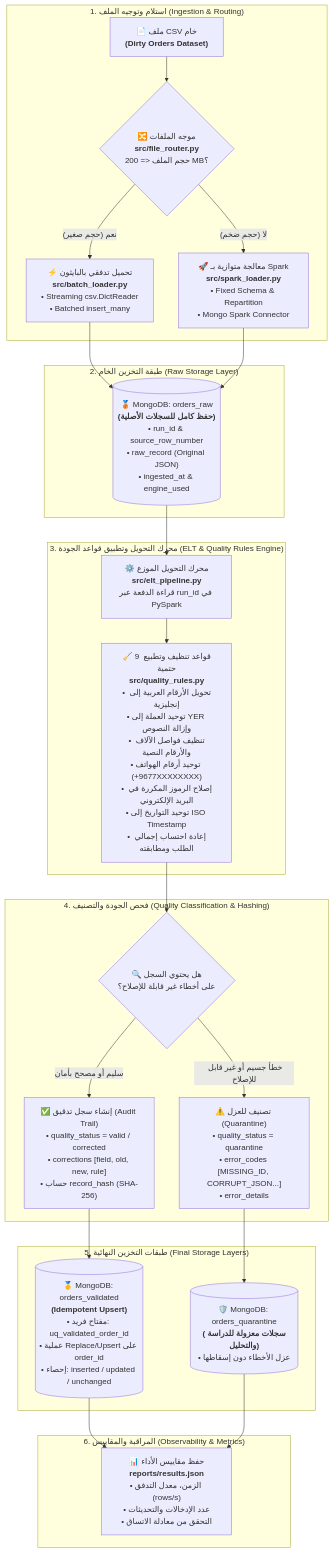
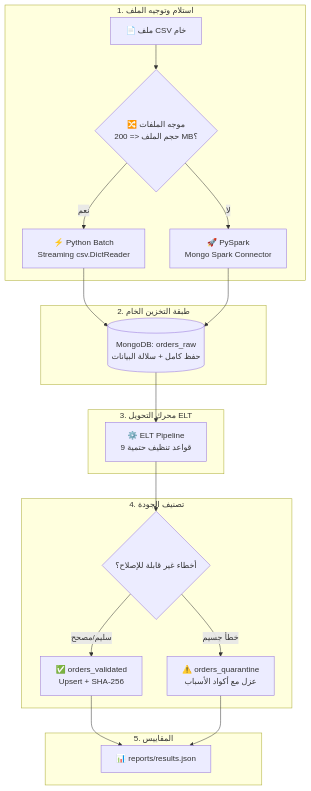
The first of 8 diagrams in README.md (mohammed-m-alhaj/midterm-data-pipeline), drawn with Mermaid before and after one commit. The commit also changed other lines of this file, not shown here.

Commit message:
docs: add architecture diagrams, live execution proof, and grading rubric mapping to README

````diff
--- a/README.md
+++ b/README.md
@@ -56,34 +56,24 @@
 ```mermaid
 flowchart TD
-    subgraph S1 [" 1. استلام وتوجيه الملف (Ingestion & Routing) "]
-        A["📄 ملف CSV خام<br/><b>(Dirty Orders Dataset)</b>"] --> B{"🔀 موجه الملفات<br/><b>src/file_router.py</b><br/>حجم الملف <= 200 MB؟"}
-        B -- "نعم (حجم صغير)" --> C["⚡ تحميل تدفقي بالبايثون<br/><b>src/batch_loader.py</b><br/>• Streaming csv.DictReader<br/>• Batched insert_many"]
-        B -- "لا (حجم ضخم)" --> D["🚀 معالجة متوازية بـ Spark<br/><b>src/spark_loader.py</b><br/>• Fixed Schema & Repartition<br/>• Mongo Spark Connector"]
+    subgraph S1 [" 1. استلام وتوجيه الملف "]
+        A["📄 ملف CSV خام"] --> B{"🔀 موجه الملفات<br/>حجم الملف <= 200 MB؟"}
+        B -- "نعم" --> C["⚡ Python Batch<br/>Streaming csv.DictReader"]
+        B -- "لا" --> D["🚀 PySpark<br/>Mongo Spark Connector"]
     end
-
-    subgraph S2 [" 2. طبقة التخزين الخام (Raw Storage Layer) "]
-        C --> E[("🥉 MongoDB: orders_raw<br/><b>(حفظ كامل للسجلات الأصلية)</b><br/>• run_id & source_row_number<br/>• raw_record (Original JSON)<br/>• ingested_at & engine_used")]
+    subgraph S2 [" 2. طبقة التخزين الخام "]
+        C --> E[("MongoDB: orders_raw<br/>حفظ كامل + سلالة البيانات")]
         D --> E
     end
-
-    subgraph S3 [" 3. محرك التحويل وتطبيق قواعد الجودة (ELT & Quality Rules Engine) "]
-        E --> F["⚙️ محرك التحويل الموزع<br/><b>src/elt_pipeline.py</b><br/>قراءة الدفعة عبر run_id في PySpark"]
-        F --> G["🧹 9 قواعد تنظيف وتطبيع حتمية<br/><b>src/quality_rules.py</b><br/>• تحويل الأرقام العربية إلى إنجليزية<br/>• توحيد العملة إلى YER وإزالة النصوص<br/>• تنظيف فواصل الآلاف والأرقام النصية<br/>• توحيد أرقام الهواتف (+9677XXXXXXXX)<br/>• إصلاح الرموز المكررة في البريد الإلكتروني<br/>• توحيد التواريخ إلى ISO Timestamp<br/>• إعادة احتساب إجمالي الطلب ومطابقته"]
+    subgraph S3 [" 3. محرك التحويل ELT "]
+        E --> F["⚙️ ELT Pipeline<br/>9 قواعد تنظيف حتمية"]
     end
-
-    subgraph S4 [" 4. فحص الجودة والتصنيف (Quality Classification & Hashing) "]
-        G --> H{"🔍 هل يحتوي السجل<br/>على أخطاء غير قابلة للإصلاح؟"}
-        H -- "سليم أو مصحح بأمان" --> I["✅ إنشاء سجل تدقيق (Audit Trail)<br/>• quality_status = valid / corrected<br/>• corrections [field, old, new, rule]<br/>• حساب record_hash (SHA-256)"]
-        H -- "خطأ جسيم أو غير قابل للإصلاح" --> J["⚠️ تصنيف للعزل (Quarantine)<br/>• quality_status = quarantine<br/>• error_codes [MISSING_ID, CORRUPT_JSON...]<br/>• error_details"]
+    subgraph S4 [" 4. تصنيف الجودة "]
+        F --> H{"أخطاء غير قابلة للإصلاح؟"}
+        H -- "سليم/مصحح" --> I["✅ orders_validated<br/>Upsert + SHA-256"]
+        H -- "خطأ جسيم" --> J["⚠️ orders_quarantine<br/>عزل مع أكواد الأسباب"]
     end
-
-    subgraph S5 [" 5. طبقات التخزين النهائية (Final Storage Layers) "]
-        I --> K[("🥇 MongoDB: orders_validated<br/><b>(Idempotent Upsert)</b><br/>• مفتاح فريد: uq_validated_order_id<br/>• عملية Replace/Upsert على order_id<br/>• إحصاء: inserted / updated / unchanged")]
-        J --> L[("🛡️ MongoDB: orders_quarantine<br/><b>(سجلات معزولة للدراسة والتحليل)</b><br/>• عزل الأخطاء دون إسقاطها")]
-    end
-
-    subgraph S6 [" 6. المراقبة والمقاييس (Observability & Metrics) "]
-        K --> M["📊 حفظ مقاييس الأداء<br/><b>reports/results.json</b><br/>• الزمن، معدل التدفق (rows/s)<br/>• عدد الإدخالات والتحديثات<br/>• التحقق من معادلة الاتساق"]
-        L --> M
+    subgraph S5 [" 5. المقاييس "]
+        I --> M["📊 reports/results.json"]
+        J --> M
     end
 ```
````
